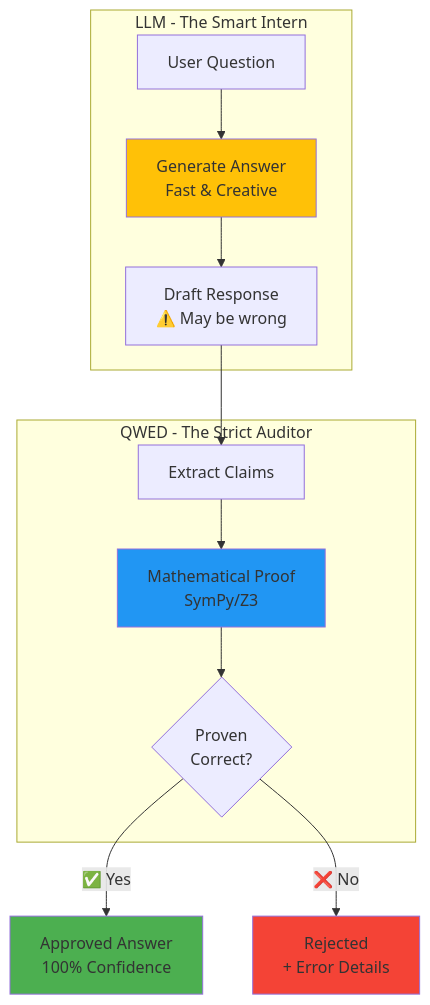
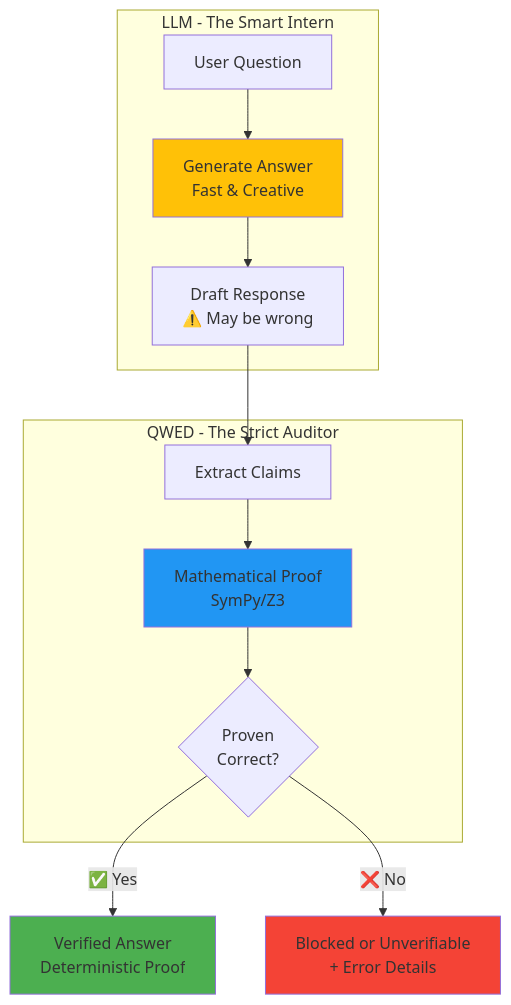
One commit to QWED-AI/qwed-learning changed the diagram in module-0-prerequisites/01-formal-methods-intro.md. Above: the diagram before and after it, drawn with Mermaid. The commit also changed other lines of this file and 23 other files, not shown here.

````diff
--- a/module-0-prerequisites/01-formal-methods-intro.md
+++ b/module-0-prerequisites/01-formal-methods-intro.md
@@ -73,21 +73,21 @@
 ```mermaid
 graph TB
     subgraph "LLM - The Smart Intern"
         A[User Question] --> B[Generate Answer<br/>Fast & Creative]
         B --> C[Draft Response<br/>⚠️ May be wrong]
     end
     
     subgraph "QWED - The Strict Auditor"
         C --> D[Extract Claims]
         D --> E[Mathematical Proof<br/>SymPy/Z3]
         E --> F{Proven<br/>Correct?}
     end
     
-    F -->|✅ Yes| G[Approved Answer<br/>100% Confidence]
-    F -->|❌ No| H[Rejected<br/>+ Error Details]
+    F -->|✅ Yes| G[Verified Answer<br/>Deterministic Proof]
+    F -->|❌ No| H[Blocked or Unverifiable<br/>+ Error Details]
     
     style B fill:#ffc107
     style E fill:#2196f3
     style G fill:#4caf50
     style H fill:#f44336
 ```
````
